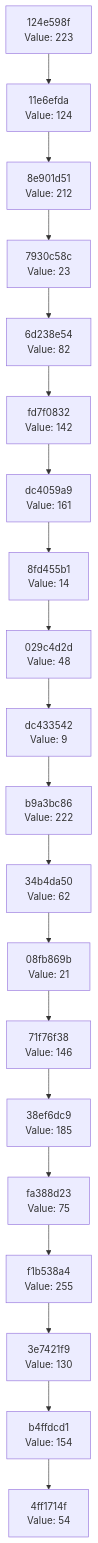
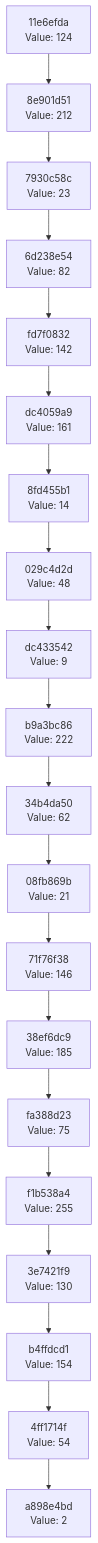
The diagram in docs/CHAIN_VISUALIZATION.md (Abhisheksinha1506/hash-chain-evolver), drawn with Mermaid before and after one commit. The commit also changed 2 other files, not shown here.

Commit message:
Evolution step: hash 0x02 → action executed

````diff
--- a/docs/CHAIN_VISUALIZATION.md
+++ b/docs/CHAIN_VISUALIZATION.md
@@ -3,42 +3,42 @@
 ```mermaid
 graph TD
-    C0["4ff1714f<br/>Value: 54"]
-    C1["b4ffdcd1<br/>Value: 154"]
+    C0["a898e4bd<br/>Value: 2"]
+    C1["4ff1714f<br/>Value: 54"]
     C1 --> C0
-    C2["3e7421f9<br/>Value: 130"]
+    C2["b4ffdcd1<br/>Value: 154"]
     C2 --> C1
-    C3["f1b538a4<br/>Value: 255"]
+    C3["3e7421f9<br/>Value: 130"]
     C3 --> C2
-    C4["fa388d23<br/>Value: 75"]
+    C4["f1b538a4<br/>Value: 255"]
     C4 --> C3
-    C5["38ef6dc9<br/>Value: 185"]
+    C5["fa388d23<br/>Value: 75"]
     C5 --> C4
-    C6["71f76f38<br/>Value: 146"]
+    C6["38ef6dc9<br/>Value: 185"]
     C6 --> C5
-    C7["08fb869b<br/>Value: 21"]
+    C7["71f76f38<br/>Value: 146"]
     C7 --> C6
-    C8["34b4da50<br/>Value: 62"]
+    C8["08fb869b<br/>Value: 21"]
     C8 --> C7
-    C9["b9a3bc86<br/>Value: 222"]
+    C9["34b4da50<br/>Value: 62"]
     C9 --> C8
-    C10["dc433542<br/>Value: 9"]
+    C10["b9a3bc86<br/>Value: 222"]
     C10 --> C9
-    C11["029c4d2d<br/>Value: 48"]
+    C11["dc433542<br/>Value: 9"]
     C11 --> C10
-    C12["8fd455b1<br/>Value: 14"]
+    C12["029c4d2d<br/>Value: 48"]
     C12 --> C11
-    C13["dc4059a9<br/>Value: 161"]
+    C13["8fd455b1<br/>Value: 14"]
     C13 --> C12
-    C14["fd7f0832<br/>Value: 142"]
+    C14["dc4059a9<br/>Value: 161"]
     C14 --> C13
-    C15["6d238e54<br/>Value: 82"]
+    C15["fd7f0832<br/>Value: 142"]
     C15 --> C14
-    C16["7930c58c<br/>Value: 23"]
+    C16["6d238e54<br/>Value: 82"]
     C16 --> C15
-    C17["8e901d51<br/>Value: 212"]
+    C17["7930c58c<br/>Value: 23"]
     C17 --> C16
-    C18["11e6efda<br/>Value: 124"]
+    C18["8e901d51<br/>Value: 212"]
     C18 --> C17
-    C19["124e598f<br/>Value: 223"]
+    C19["11e6efda<br/>Value: 124"]
     C19 --> C18
 ```
````
